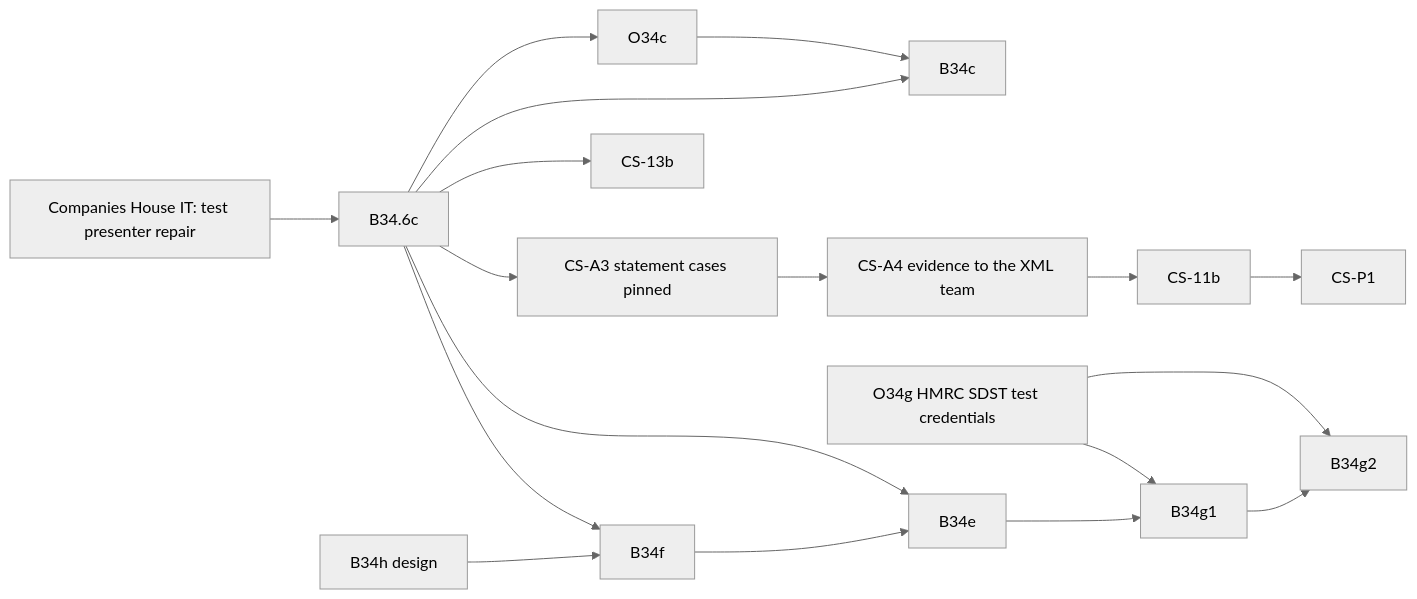
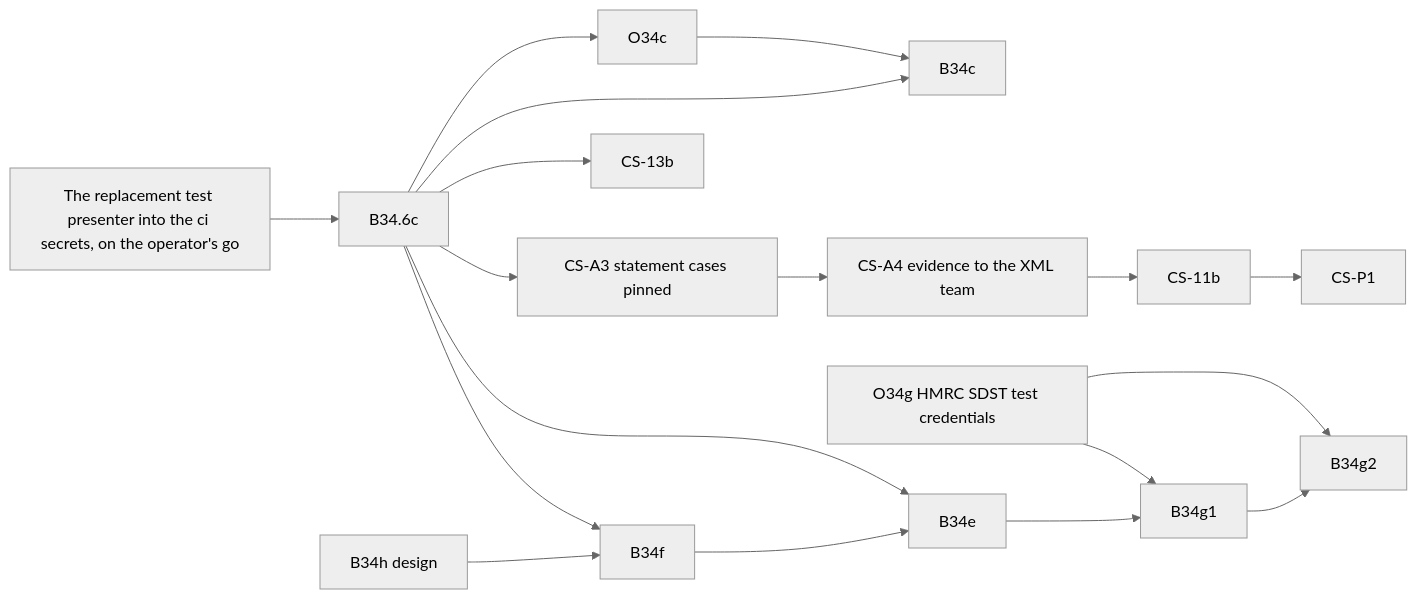
The diagram in PLAN_COMPANIES_HOUSE.md (diy-accounting-uk/submit.diyaccounting.co.uk), drawn with Mermaid (neutral theme) before and after one commit. The commit also changed other lines of this file and 1 other file, not shown here.

First line of the commit message:
Board: the XML team's replacement test presenter unblocks B34.6c (B34 to machine-ask); SUB1 passed, SUB2 opened; HA4 blocked on OHA4 (Assist subscription)

````diff
--- a/PLAN_COMPANIES_HOUSE.md
+++ b/PLAN_COMPANIES_HOUSE.md
@@ -62,20 +63,20 @@
 ```mermaid
 flowchart LR
-    CHIT[Companies House IT: test presenter repair] --> B346c[B34.6c]
+    SEC[The replacement test presenter into the ci secrets, on the operator's go] --> B346c[B34.6c]
     B346c --> O34c
     B346c --> B34c
     O34c --> B34c
     B346c --> CSA3[CS-A3 statement cases pinned]
     B346c --> CS13b[CS-13b]
     CSA3 --> CSA4[CS-A4 evidence to the XML team]
     CSA4 --> CS11b[CS-11b]
     CS11b --> CSP1[CS-P1]
     B34h[B34h design] --> B34f
     B34f --> B34e
     B34e --> B34g1
     B34g1 --> B34g2
     O34g[O34g HMRC SDST test credentials] --> B34g1
     O34g --> B34g2
     B346c --> B34f
     B346c --> B34e
 ```
````
